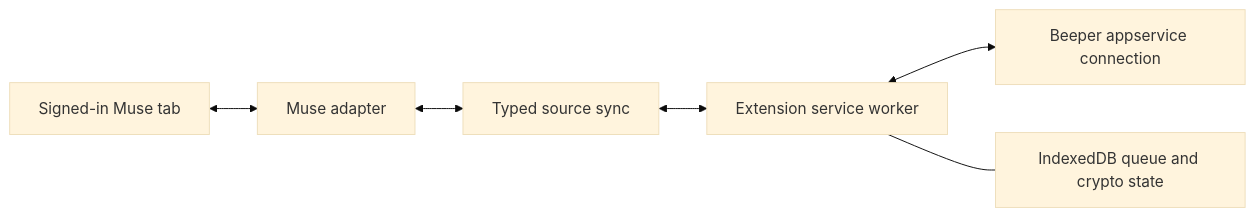
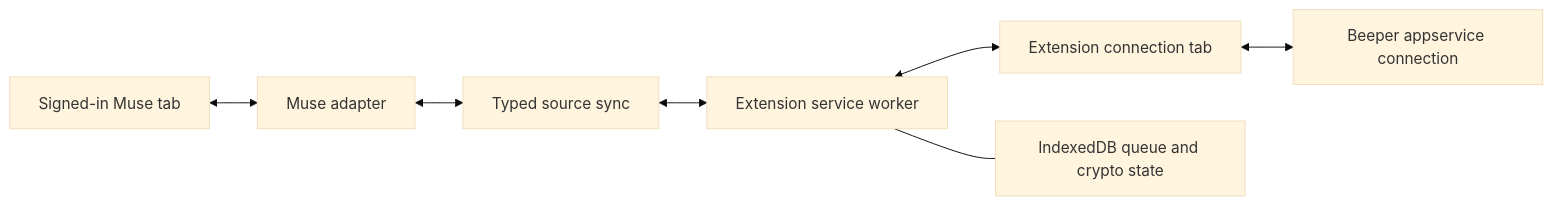
Before and after one commit to nishu-builder/beeper-muse: the diagram in docs/browser-runtime.md, drawn with Mermaid (base theme). The commit also changed other lines of this file and 13 other files, not shown here.

Commit message:
Connect Beeper through a dedicated Chrome extension tab

````diff
--- a/docs/browser-runtime.md
+++ b/docs/browser-runtime.md
@@ -20,8 +20,9 @@
 ```mermaid
 flowchart LR
     Muse[Signed-in Muse tab] <--> Adapter[Muse adapter]
     Adapter <--> Sync[Typed source sync]
     Sync <--> Worker[Extension service worker]
-    Worker <--> Beeper[Beeper appservice connection]
+    Worker <--> Socket[Extension connection tab]
+    Socket <--> Beeper[Beeper appservice connection]
     Worker --- DB[IndexedDB queue and crypto state]
 ```
````
